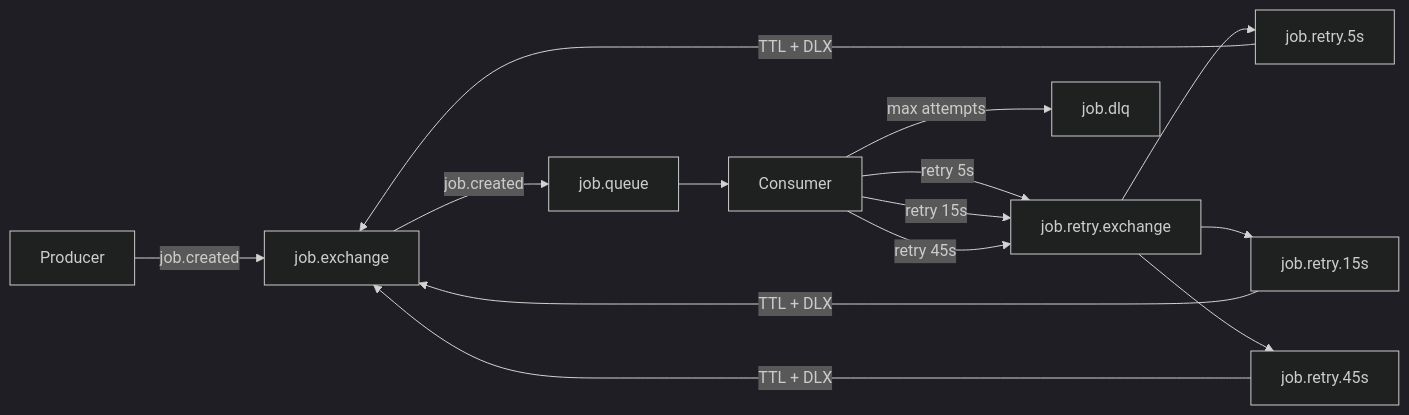
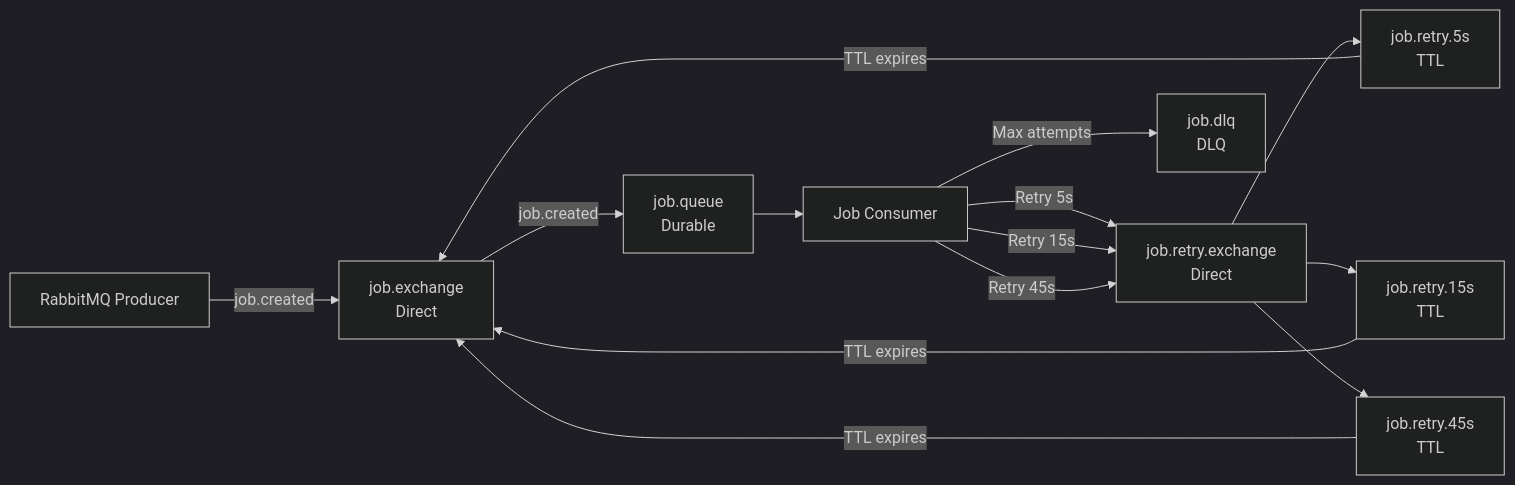
Before and after one commit to Atharvkote/spring-boot-async-processing-rabbitmq: the second of 23 diagrams in README.md, drawn with Mermaid (dark theme). The commit also changed other lines of this file, not shown here.

````diff
--- a/README.md
+++ b/README.md
@@ -209,35 +181,37 @@
 ```mermaid
 graph LR
 
-    PRODUCER[Producer]
-    EXCHANGE[job.exchange]
+    PRODUCER["RabbitMQ Producer"]
 
-    QUEUE[job.queue]
+    EXCHANGE["job.exchange<br/>Direct"]
 
-    RETRY_EXCHANGE[job.retry.exchange]
-    RETRY5[job.retry.5s]
-    RETRY15[job.retry.15s]
-    RETRY45[job.retry.45s]
+    QUEUE["job.queue<br/>Durable"]
 
-    DLQ[job.dlq]
+    CONSUMER["Job Consumer"]
 
-    CONSUMER[Consumer]
+    RETRY_EXCHANGE["job.retry.exchange<br/>Direct"]
 
-    PRODUCER -->|job.created| EXCHANGE
-    EXCHANGE -->|job.created| QUEUE
+    RETRY5["job.retry.5s<br/>TTL"]
+    RETRY15["job.retry.15s<br/>TTL"]
+    RETRY45["job.retry.45s<br/>TTL"]
+
+    DLQ["job.dlq<br/>DLQ"]
+
+    PRODUCER -->|"job.created"| EXCHANGE
+    EXCHANGE -->|"job.created"| QUEUE
     QUEUE --> CONSUMER
 
-    CONSUMER -->|retry 5s| RETRY_EXCHANGE
+    CONSUMER -->|"Retry 5s"| RETRY_EXCHANGE
+    CONSUMER -->|"Retry 15s"| RETRY_EXCHANGE
+    CONSUMER -->|"Retry 45s"| RETRY_EXCHANGE
+
     RETRY_EXCHANGE --> RETRY5
-    RETRY5 -->|TTL + DLX| EXCHANGE
+    RETRY_EXCHANGE --> RETRY15
+    RETRY_EXCHANGE --> RETRY45
 
-    CONSUMER -->|retry 15s| RETRY_EXCHANGE
-    RETRY_EXCHANGE --> RETRY15
-    RETRY15 -->|TTL + DLX| EXCHANGE
+    RETRY5 -->|"TTL expires"| EXCHANGE
+    RETRY15 -->|"TTL expires"| EXCHANGE
+    RETRY45 -->|"TTL expires"| EXCHANGE
 
-    CONSUMER -->|retry 45s| RETRY_EXCHANGE
-    RETRY_EXCHANGE --> RETRY45
-    RETRY45 -->|TTL + DLX| EXCHANGE
-
-    CONSUMER -->|max attempts| DLQ
+    CONSUMER -->|"Max attempts"| DLQ
 ```
````
